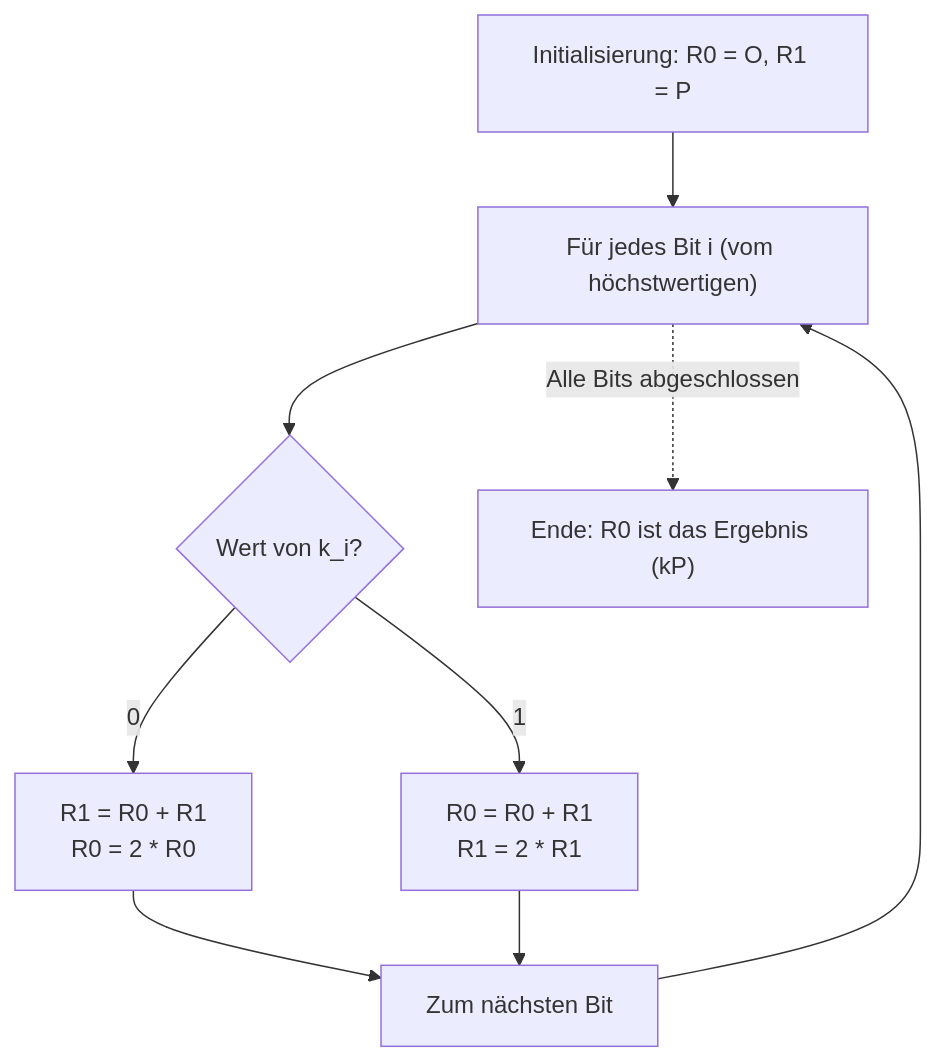
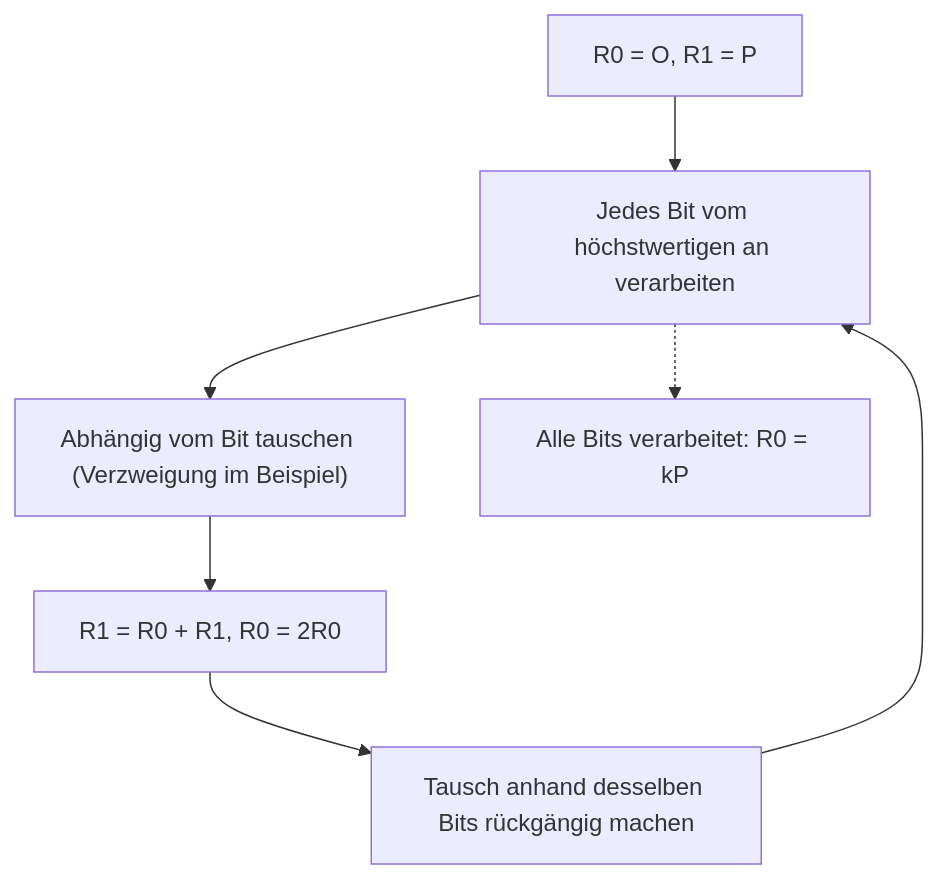
One commit to kenjinote/blog changed the second of 3 diagrams in content/post/楕円曲線暗号の数学的基礎とcppでの実装/index.de.md. Above: the diagram before and after it, drawn with Mermaid. The commit also changed other lines of this file and 6 other files, not shown here.

````diff
--- a/content/post/楕円曲線暗号の数学的基礎とcppでの実装/index.de.md
+++ b/content/post/楕円曲線暗号の数学的基礎とcppでの実装/index.de.md
@@ -252,14 +106,9 @@
 ```mermaid
 graph TD
-    Start["Initialisierung: R0 = O, R1 = P"] --> LoopStart["Für jedes Bit i (vom höchstwertigen)"]
-    LoopStart --> Cond{"Wert von k_i?"}
-    
-    Cond -->|"0"| Branch0["R1 = R0 + R1<br>R0 = 2 * R0"]
-    Cond -->|"1"| Branch1["R0 = R0 + R1<br>R1 = 2 * R1"]
-    
-    Branch0 --> LoopEnd["Zum nächsten Bit"]
-    Branch1 --> LoopEnd
-    
-    LoopEnd --> LoopStart
-    LoopStart -.->|"Alle Bits abgeschlossen"| End["Ende: R0 ist das Ergebnis (kP)"]
+    A["R0 = O, R1 = P"] --> B["Jedes Bit vom höchstwertigen an verarbeiten"]
+    B --> C["Abhängig vom Bit tauschen (Verzweigung im Beispiel)"]
+    C --> D["R1 = R0 + R1, R0 = 2R0"]
+    D --> E["Tausch anhand desselben Bits rückgängig machen"]
+    E --> B
+    B -.-> F["Alle Bits verarbeitet: R0 = kP"]
 ```
````
